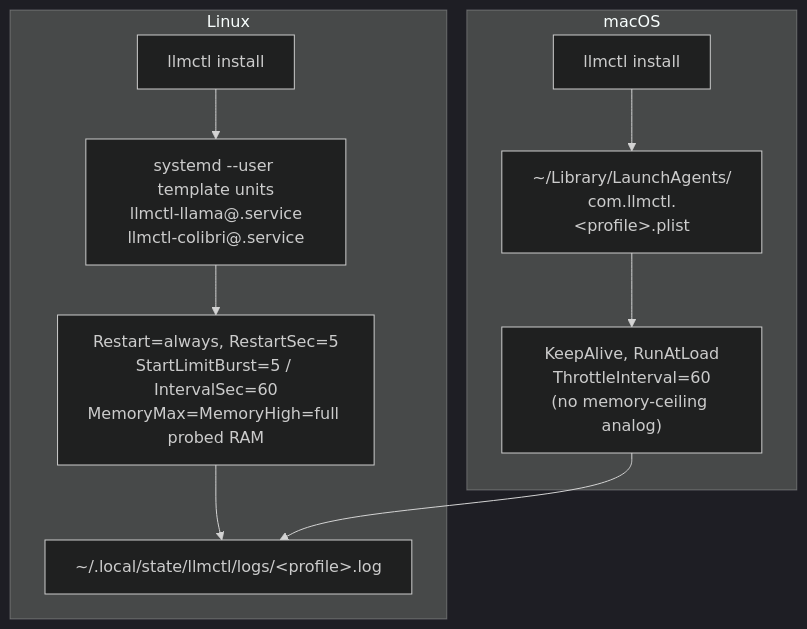
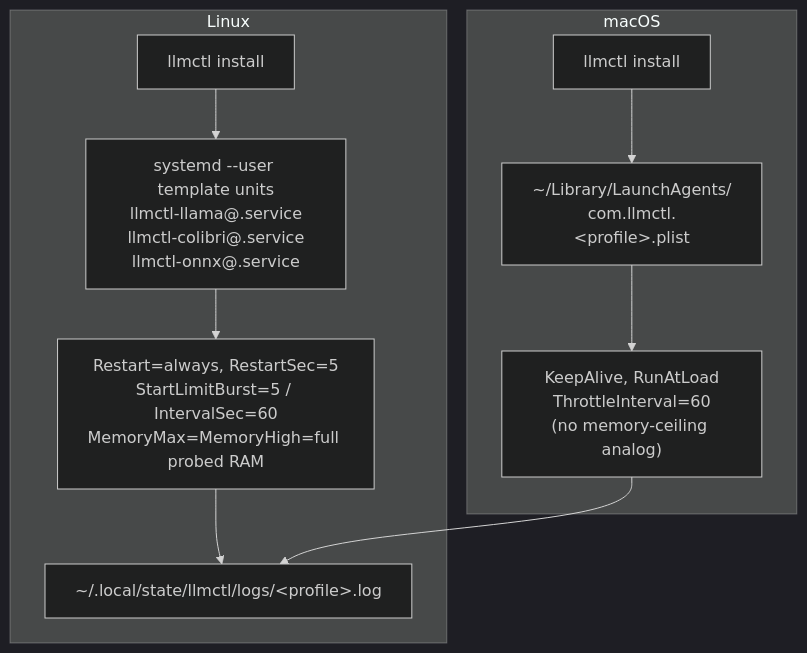
One commit to vasic-digital/llmctl changed the fourth of 10 diagrams in docs/architecture.md. Above: the diagram before and after it, drawn with Mermaid (dark theme). The commit also changed other lines of this file and 1423 other files, not shown here.

````diff
--- a/docs/architecture.md
+++ b/docs/architecture.md
@@ -152,13 +169,13 @@
 ```mermaid
 flowchart TD
     subgraph Linux
-        L1["llmctl install"] --> L2["systemd --user template units<br/>llmctl-llama@.service<br/>llmctl-colibri@.service"]
+        L1["llmctl install"] --> L2["systemd --user template units<br/>llmctl-llama@.service<br/>llmctl-colibri@.service<br/>llmctl-onnx@.service"]
         L2 --> L3["Restart=always, RestartSec=5<br/>StartLimitBurst=5 / IntervalSec=60<br/>MemoryMax=MemoryHigh=full probed RAM"]
         L3 --> L4["~/.local/state/llmctl/logs/&lt;profile&gt;.log"]
     end
     subgraph macOS
         M1["llmctl install"] --> M2["~/Library/LaunchAgents/<br/>com.llmctl.&lt;profile&gt;.plist"]
         M2 --> M3["KeepAlive, RunAtLoad<br/>ThrottleInterval=60<br/>(no memory-ceiling analog)"]
         M3 --> L4
     end
 ```
````
